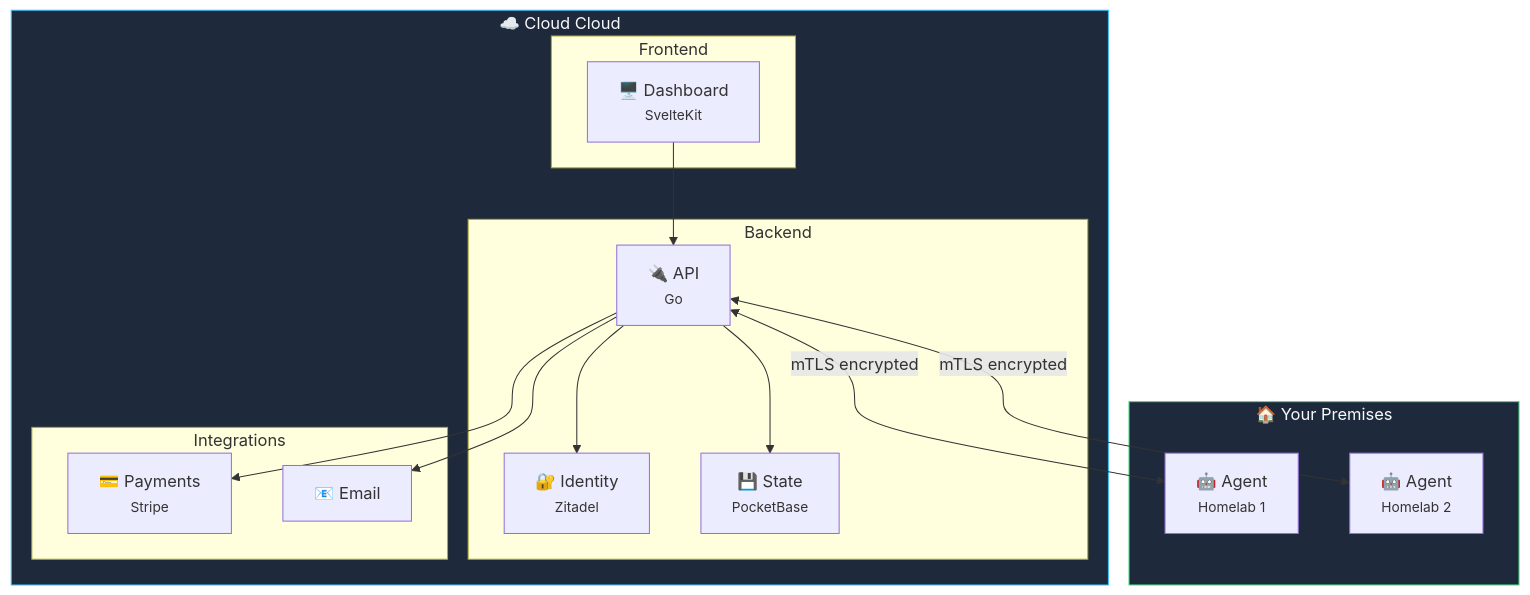
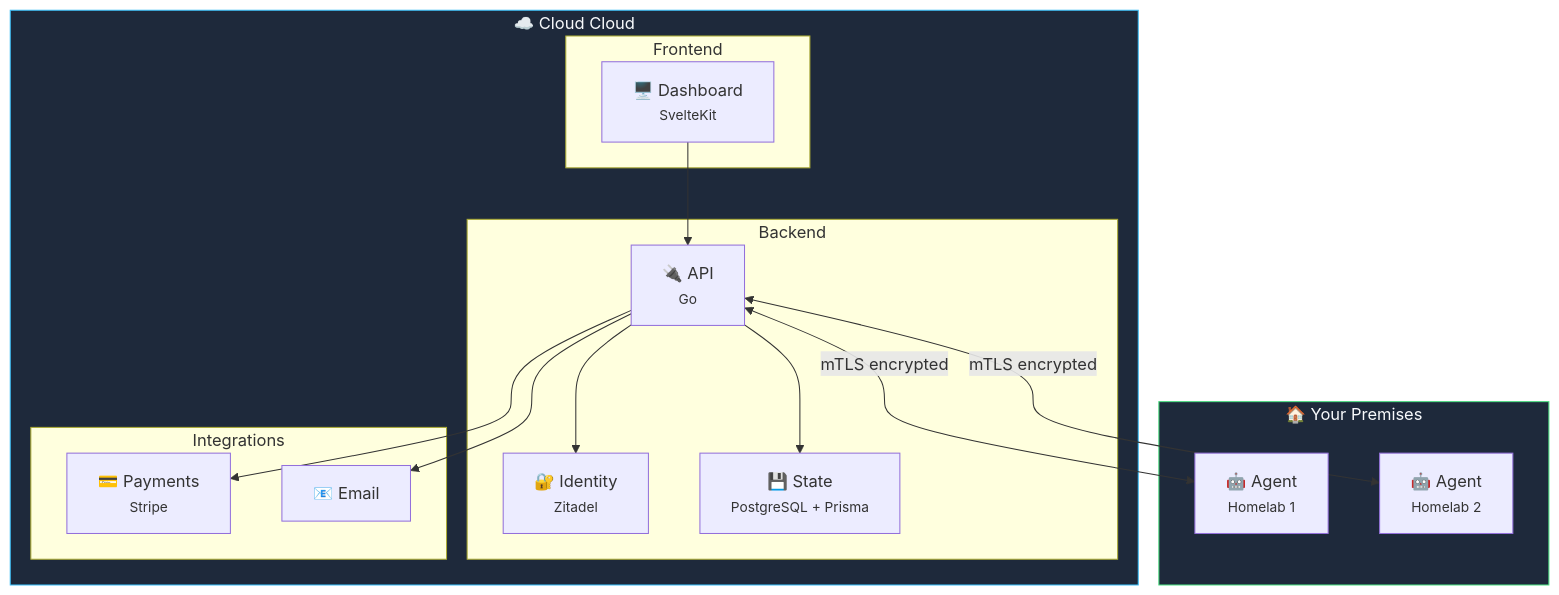
The second of 4 diagrams in cloud/overview.mdx (KombiverseLabs/docs), drawn with Mermaid before and after one commit. The commit also changed other lines of this file and 95 other files, not shown here.

````diff
--- a/cloud/overview.mdx
+++ b/cloud/overview.mdx
@@ -119,36 +119,36 @@
 ```mermaid
 graph TB
     subgraph Cloud["☁️ Cloud Cloud"]
         subgraph Frontend["Frontend"]
             SvelteKit["🖥️ Dashboard<br/><small>SvelteKit</small>"]
         end
         
         subgraph Backend["Backend"]
             API["🔌 API<br/><small>Go</small>"]
             Auth["🔐 Identity<br/><small>Zitadel</small>"]
-            PB["💾 State<br/><small>PocketBase</small>"]
+            PB["💾 State<br/><small>PostgreSQL + Prisma</small>"]
         end
         
         subgraph Integrations["Integrations"]
             Stripe["💳 Payments<br/><small>Stripe</small>"]
             SMTP["📧 Email"]
         end
     end
     
     subgraph OnPrem["🏠 Your Premises"]
         Agent1["🤖 Agent<br/><small>Homelab 1</small>"]
         Agent2["🤖 Agent<br/><small>Homelab 2</small>"]
     end
     
     SvelteKit --> API
     API --> Auth
     API --> PB
     API --> Stripe
     API --> SMTP
     
     API <-->|"mTLS encrypted"| Agent1
     API <-->|"mTLS encrypted"| Agent2
     
     style Cloud fill:#1e293b,stroke:#38bdf8,color:#f8fafc
     style OnPrem fill:#1e293b,stroke:#4ade80,color:#f8fafc
 ```
````
